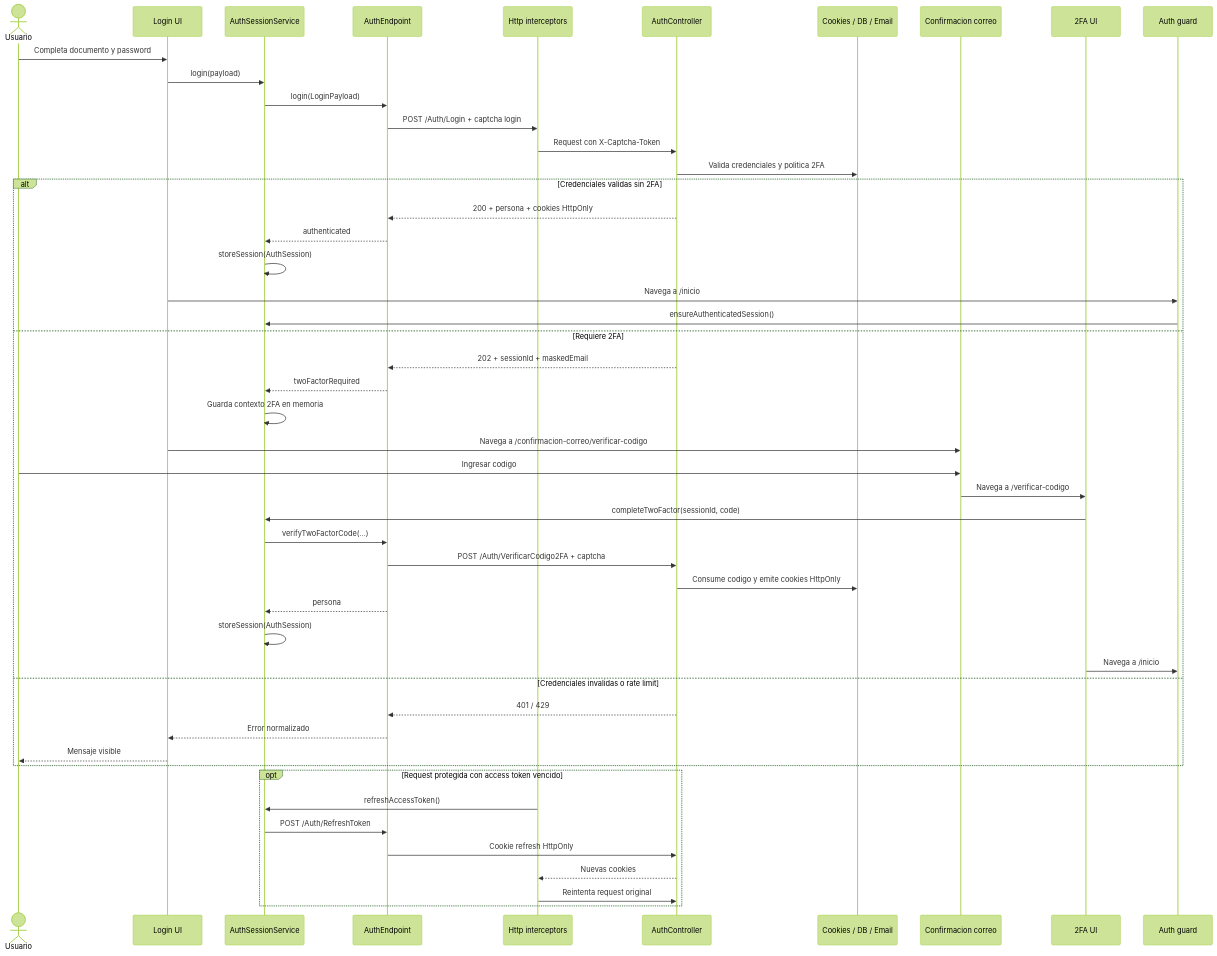
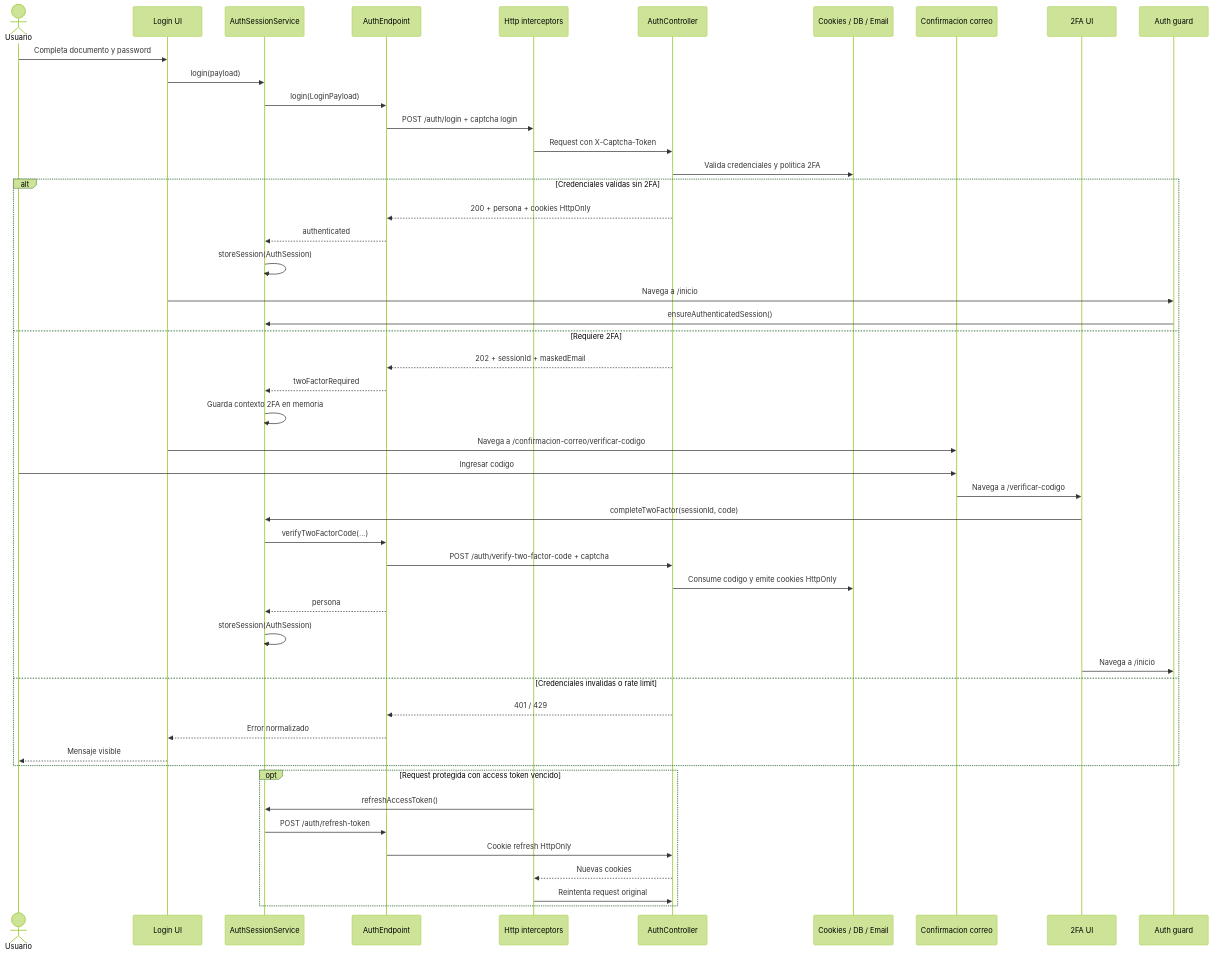
Before and after one commit to DesarrolloORT/admisiones-mono: the diagram in docs/flujos/login.md, drawn with Mermaid (forest theme). The commit also changed other lines of this file and 37 other files, not shown here.

````diff
--- a/docs/flujos/login.md
+++ b/docs/flujos/login.md
@@ -25,54 +25,54 @@
 ```mermaid
 sequenceDiagram
   actor U as Usuario
   participant L as Login UI
   participant S as AuthSessionService
   participant A as AuthEndpoint
   participant I as Http interceptors
   participant API as AuthController
   participant D as Cookies / DB / Email
   participant C as Confirmacion correo
   participant T as 2FA UI
   participant G as Auth guard
 
   U->>L: Completa documento y password
   L->>S: login(payload)
   S->>A: login(LoginPayload)
-  A->>I: POST /Auth/Login + captcha login
+  A->>I: POST /auth/login + captcha login
   I->>API: Request con X-Captcha-Token
   API->>D: Valida credenciales y politica 2FA
 
   alt Credenciales validas sin 2FA
     API-->>A: 200 + persona + cookies HttpOnly
     A-->>S: authenticated
     S->>S: storeSession(AuthSession)
     L->>G: Navega a /inicio
     G->>S: ensureAuthenticatedSession()
   else Requiere 2FA
     API-->>A: 202 + sessionId + maskedEmail
     A-->>S: twoFactorRequired
     S->>S: Guarda contexto 2FA en memoria
     L->>C: Navega a /confirmacion-correo/verificar-codigo
     U->>C: Ingresar codigo
     C->>T: Navega a /verificar-codigo
     T->>S: completeTwoFactor(sessionId, code)
     S->>A: verifyTwoFactorCode(...)
-    A->>API: POST /Auth/VerificarCodigo2FA + captcha
+    A->>API: POST /auth/verify-two-factor-code + captcha
     API->>D: Consume codigo y emite cookies HttpOnly
     A-->>S: persona
     S->>S: storeSession(AuthSession)
     T->>G: Navega a /inicio
   else Credenciales invalidas o rate limit
     API-->>A: 401 / 429
     A-->>L: Error normalizado
     L-->>U: Mensaje visible
   end
 
   opt Request protegida con access token vencido
     I->>S: refreshAccessToken()
-    S->>A: POST /Auth/RefreshToken
+    S->>A: POST /auth/refresh-token
     A->>API: Cookie refresh HttpOnly
     API-->>I: Nuevas cookies
     I->>API: Reintenta request original
   end
 ```
````
